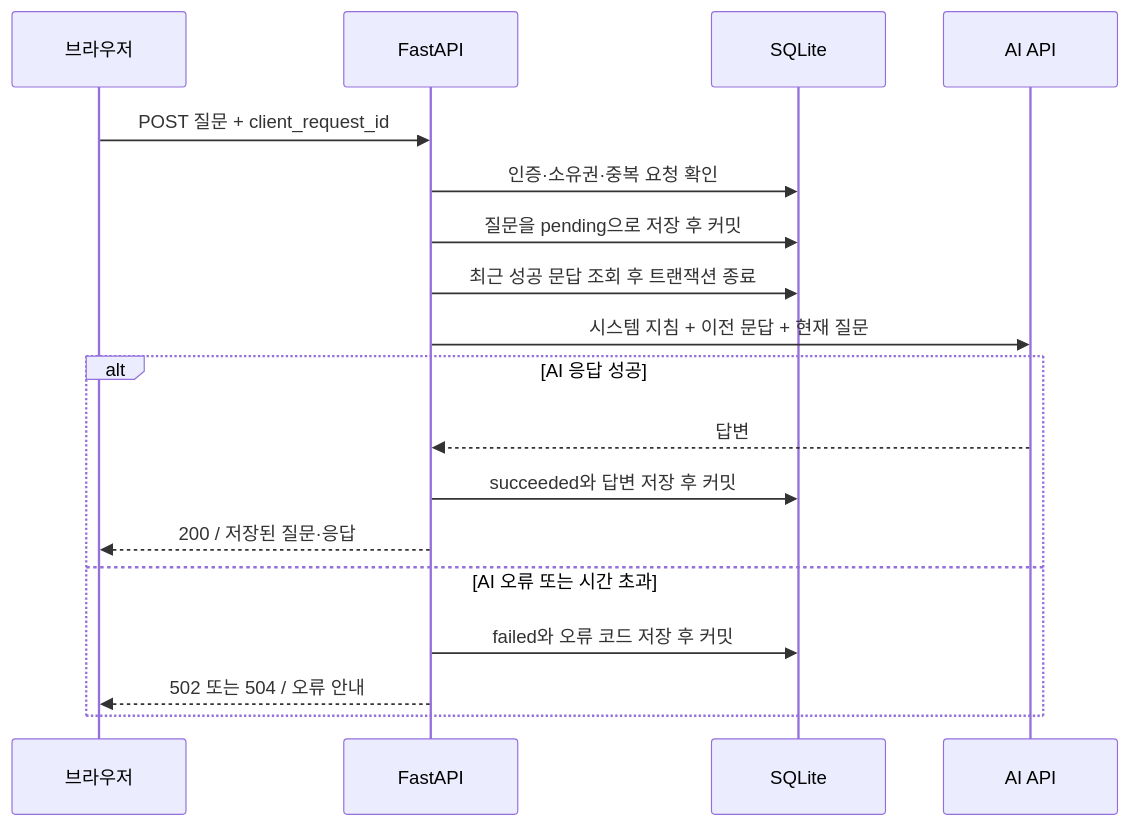
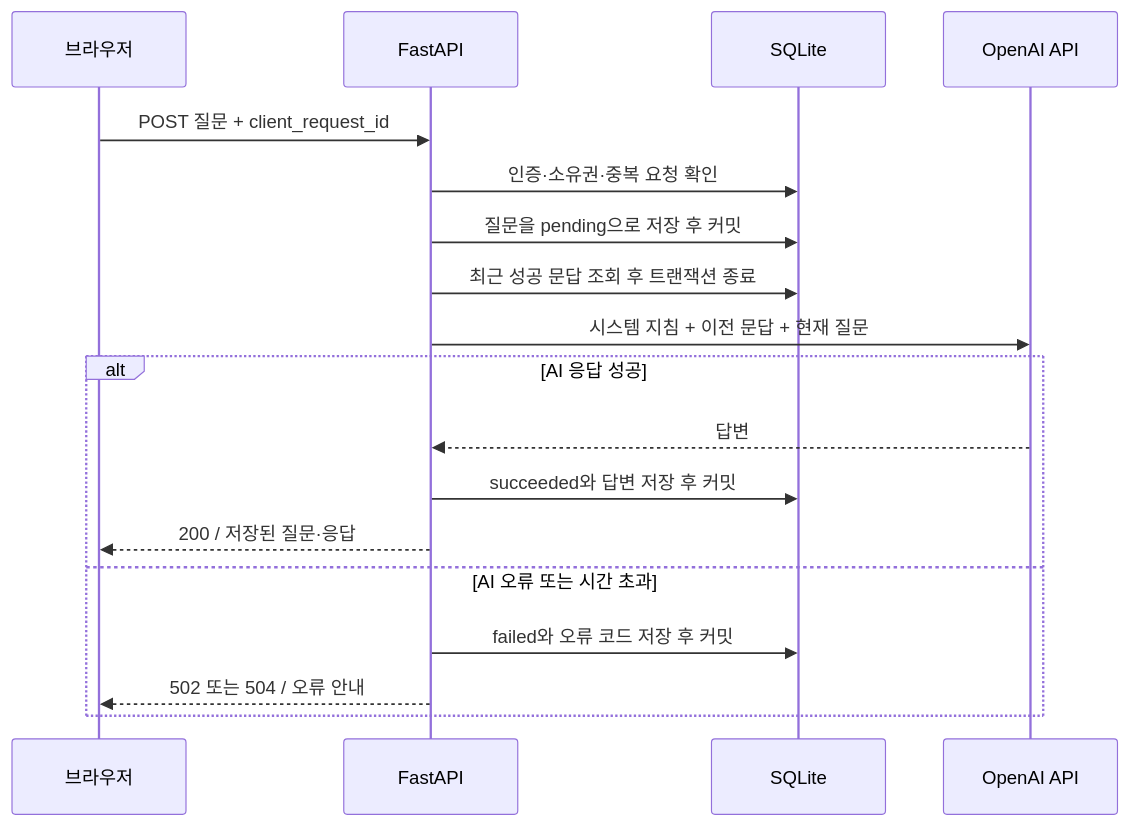
Before and after one commit to 1st0Groom/B7-1: the third of 3 diagrams in docs/design.md, drawn with Mermaid. The commit also changed other lines of this file and 69 other files, not shown here.

````diff
--- a/docs/design.md
+++ b/docs/design.md
@@ -180,20 +183,20 @@
 ```mermaid
 sequenceDiagram
     participant B as 브라우저
     participant F as FastAPI
     participant D as SQLite
-    participant A as AI API
+    participant A as OpenAI API
     B->>F: POST 질문 + client_request_id
     F->>D: 인증·소유권·중복 요청 확인
     F->>D: 질문을 pending으로 저장 후 커밋
     F->>D: 최근 성공 문답 조회 후 트랜잭션 종료
     F->>A: 시스템 지침 + 이전 문답 + 현재 질문
     alt AI 응답 성공
         A-->>F: 답변
         F->>D: succeeded와 답변 저장 후 커밋
         F-->>B: 200 / 저장된 질문·응답
     else AI 오류 또는 시간 초과
         F->>D: failed와 오류 코드 저장 후 커밋
         F-->>B: 502 또는 504 / 오류 안내
     end
 ```
````
